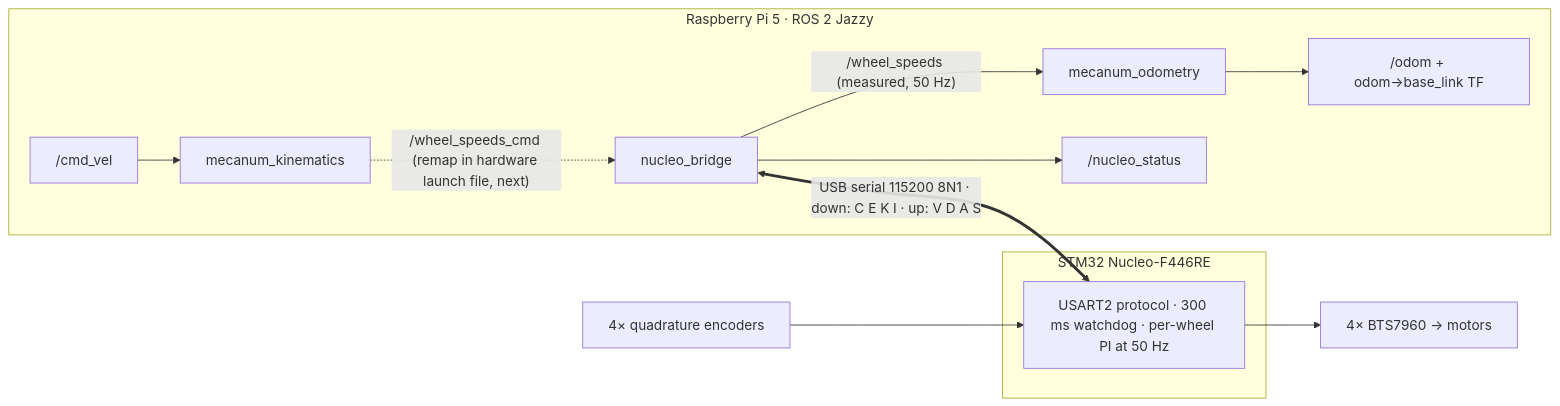
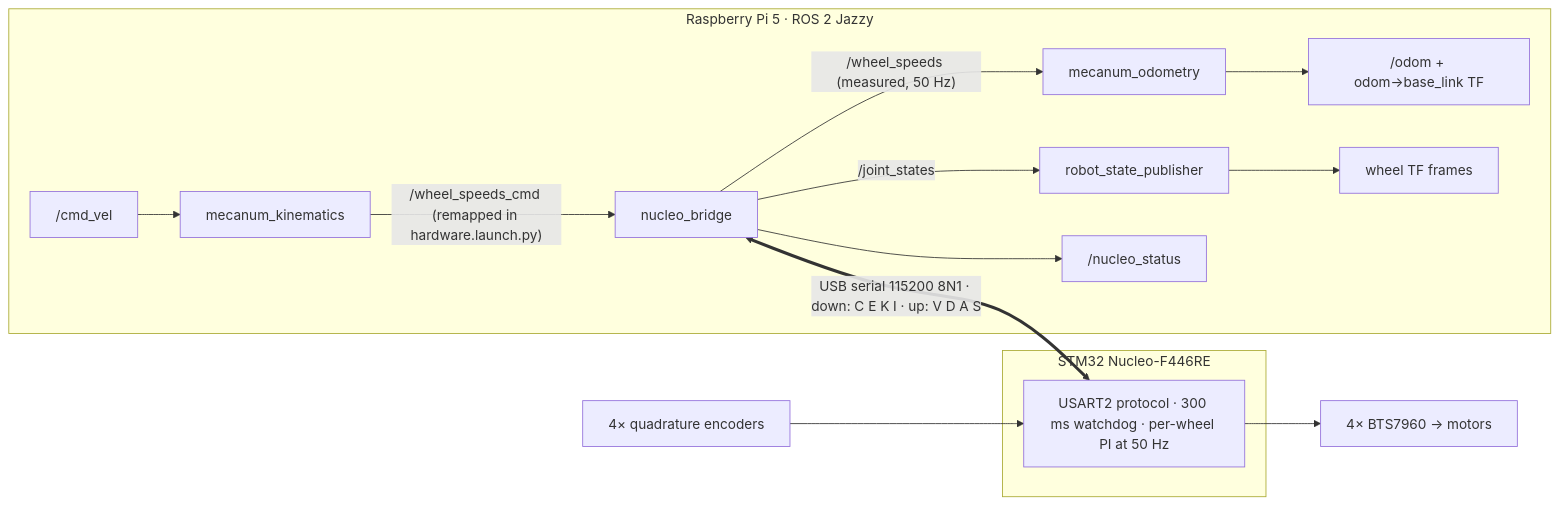
The diagram in README.md (KamalaIssack/Mecanum-wheel-mobile-robot-project), drawn with Mermaid before and after one commit. The commit also changed other lines of this file, not shown here.

First line of the commit message:
docs: README marks hardware bring-up complete

````diff
--- a/README.md
+++ b/README.md
@@ -282,16 +288,18 @@
 ```mermaid
 flowchart LR
   subgraph PI["Raspberry Pi 5 · ROS 2 Jazzy"]
     CMD["/cmd_vel"] --> KIN["mecanum_kinematics"]
-    KIN -.->|"/wheel_speeds_cmd (remap in hardware launch file, next)"| BR["nucleo_bridge"]
+    KIN -->|"/wheel_speeds_cmd (remapped in hardware.launch.py)"| BR["nucleo_bridge"]
     BR -->|"/wheel_speeds (measured, 50 Hz)"| ODO["mecanum_odometry"]
     ODO --> OUT["/odom + odom→base_link TF"]
+    BR -->|"/joint_states"| RSP["robot_state_publisher"]
+    RSP --> WTF["wheel TF frames"]
     BR --> ST["/nucleo_status"]
   end
   subgraph MCU["STM32 Nucleo-F446RE"]
     FW["USART2 protocol · 300 ms watchdog · per-wheel PI at 50 Hz"]
   end
   BR <==>|"USB serial 115200 8N1 · down: C E K I · up: V D A S"| FW
   FW --> DRV["4× BTS7960 → motors"]
   ENC["4× quadrature encoders"] --> FW
 ```
````
